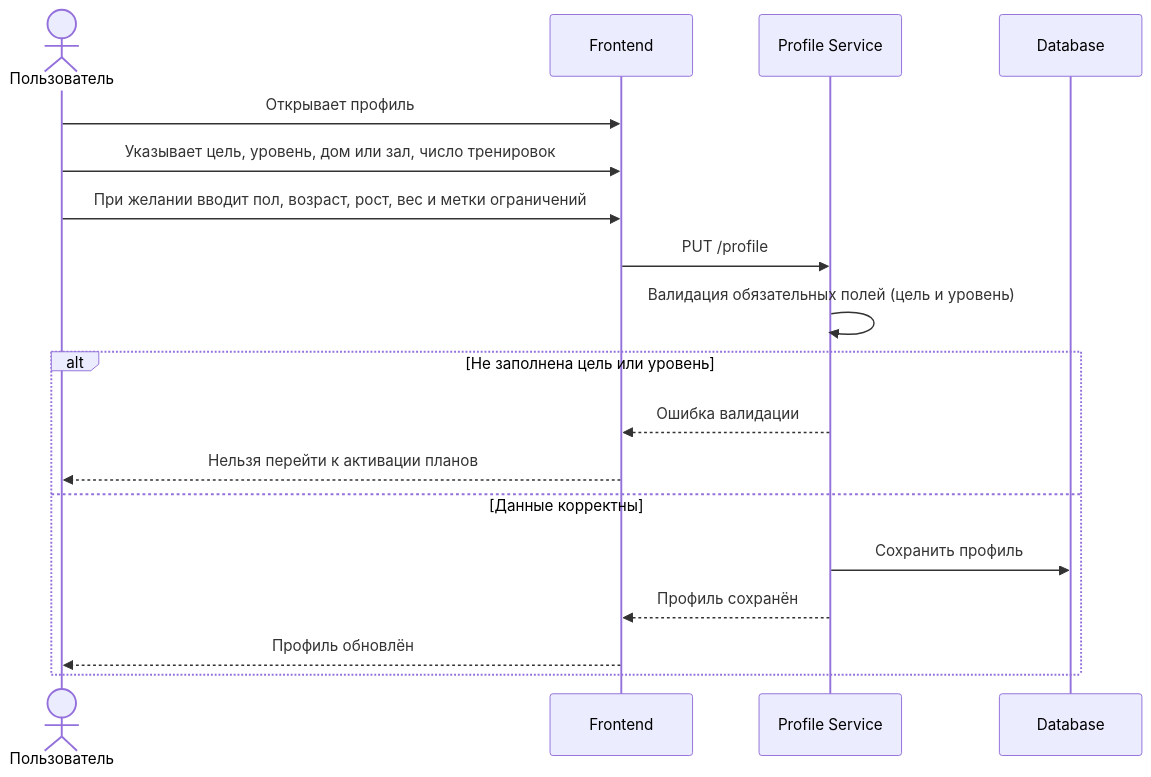
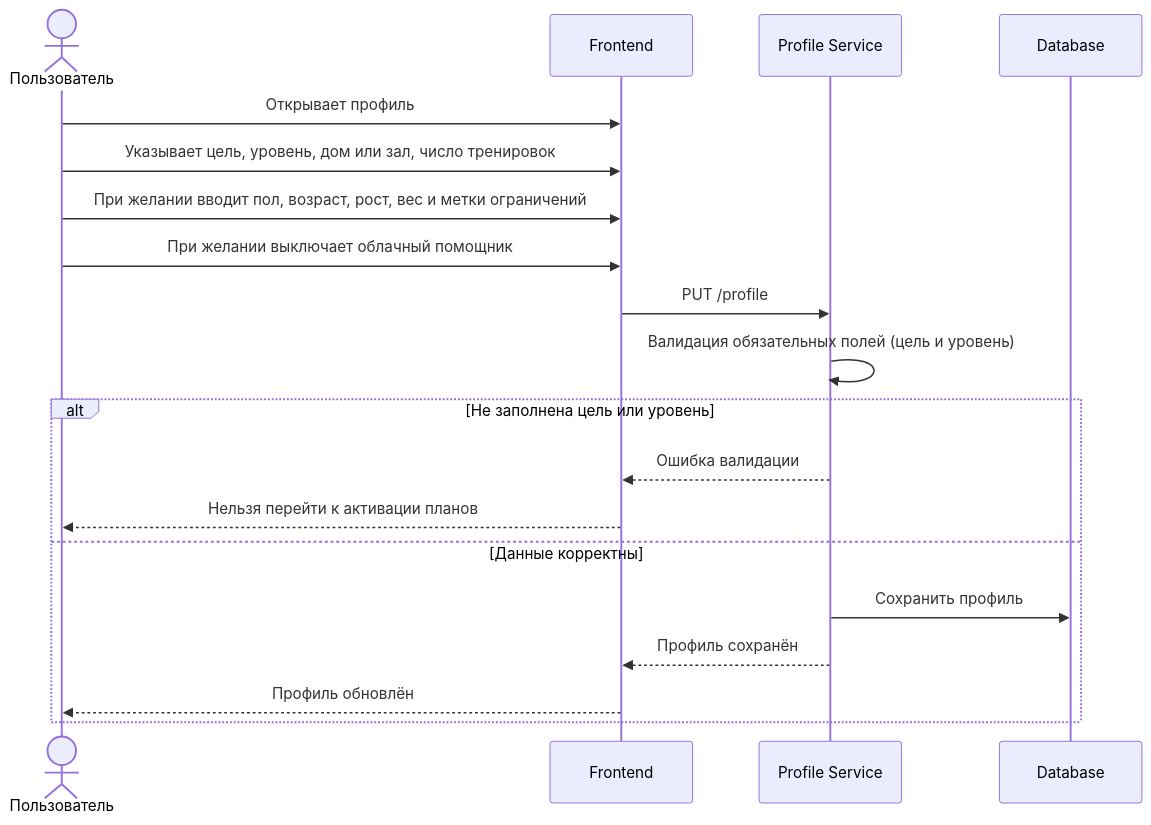
The diagram in docs/sequence/UC-02.md (notorious-ln/DailyFit), drawn with Mermaid before and after one commit. The commit also changed 11 other files, not shown here.

````diff
--- a/docs/sequence/UC-02.md
+++ b/docs/sequence/UC-02.md
@@ -3,22 +3,23 @@
 ```mermaid
 sequenceDiagram
     actor User as Пользователь
     participant FE as Frontend
     participant Profile as Profile Service
     participant DB as Database
 
     User->>FE: Открывает профиль
     User->>FE: Указывает цель, уровень, дом или зал, число тренировок
     User->>FE: При желании вводит пол, возраст, рост, вес и метки ограничений
+    User->>FE: При желании выключает облачный помощник
     FE->>Profile: PUT /profile
     Profile->>Profile: Валидация обязательных полей (цель и уровень)
 
     alt Не заполнена цель или уровень
         Profile-->>FE: Ошибка валидации
         FE-->>User: Нельзя перейти к активации планов
     else Данные корректны
         Profile->>DB: Сохранить профиль
         Profile-->>FE: Профиль сохранён
         FE-->>User: Профиль обновлён
     end
 ```
````
